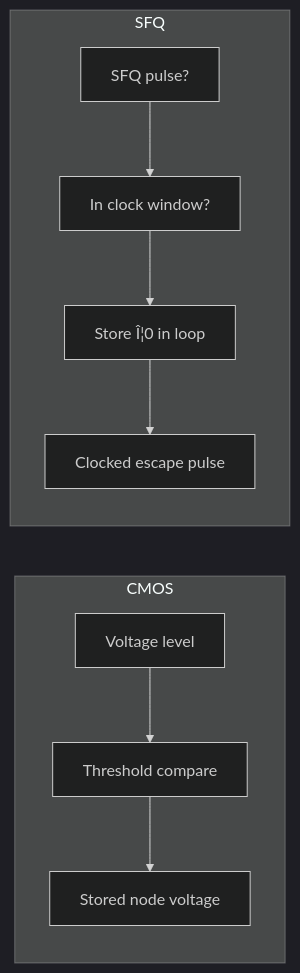
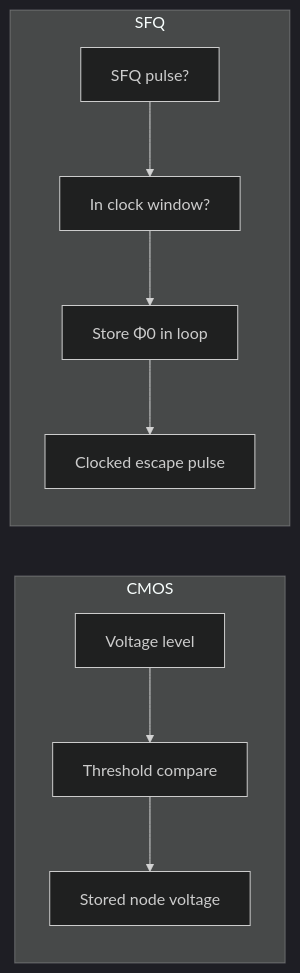
Before and after one commit to Single-Flux-Quantum/sfq-learn-public: the first of 2 diagrams in docs/concepts/cmos-vs-sfq.md, drawn with Mermaid (dark theme). The commit also changed other lines of this file and 39 other files, not shown here.

````diff
--- a/docs/concepts/cmos-vs-sfq.md
+++ b/docs/concepts/cmos-vs-sfq.md
@@ -56,12 +56,12 @@
 ```mermaid
 flowchart LR
   subgraph CMOS
     Vin[Voltage level] --> Th[Threshold compare]
     Th --> Qcm[Stored node voltage]
   end
   subgraph SFQ
     Pin[SFQ pulse?] --> Win[In clock window?]
-    Win --> Loop[Store Î¦0 in loop]
+    Win --> Loop[Store Φ0 in loop]
     Loop --> Clk[Clocked escape pulse]
   end
 ```
````
